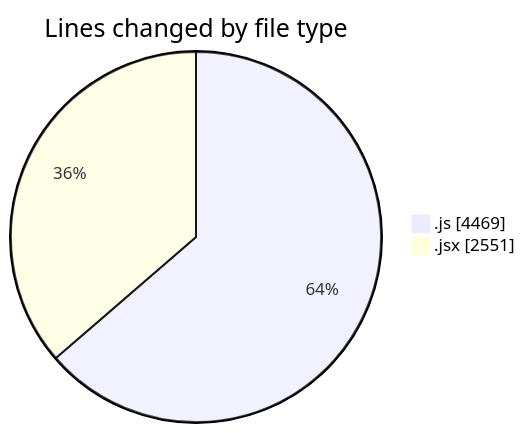
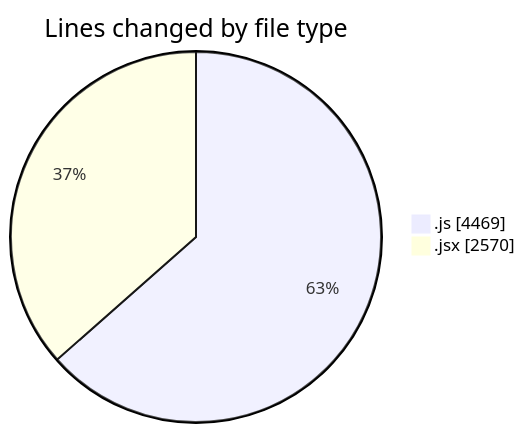
The first of 2 diagrams in 2025-08-13/nxtqube_webapp/README.md (nxtqubesakshisongat/code-tracking), drawn with Mermaid before and after one commit. The commit also changed other lines of this file and 1 other file, not shown here.

````diff
--- a/2025-08-13/nxtqube_webapp/README.md
+++ b/2025-08-13/nxtqube_webapp/README.md
@@ -26,6 +26,6 @@
 ```mermaid
 pie showData
 title Lines changed by file type
 ".js" : 4469
-".jsx" : 2551
+".jsx" : 2570
 ```
````
